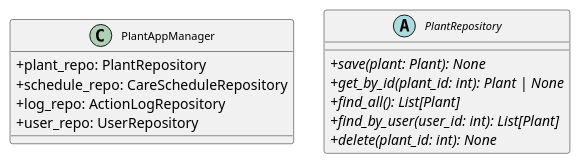
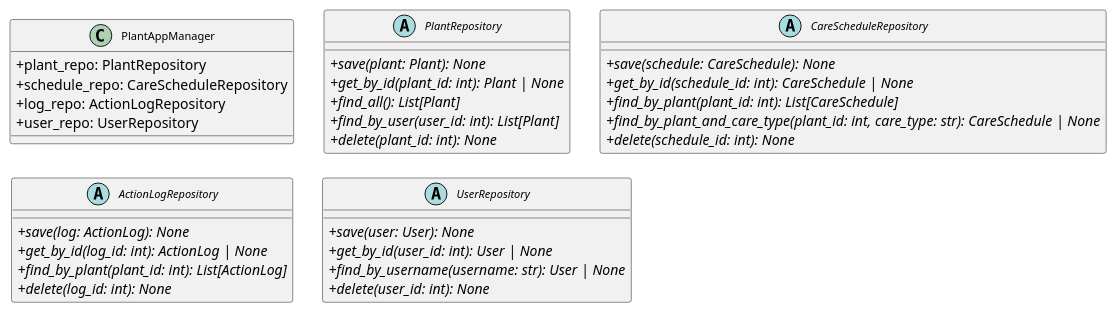
The diagram in diagrams/us4_repository_pattern.puml (Annika-Ostendorp/pflanzenkalender-teil-2), drawn with PlantUML before and after one commit.

Commit message:
Add abstract repository interfaces for all entities

```diff
--- a/diagrams/us4_repository_pattern.puml
+++ b/diagrams/us4_repository_pattern.puml
@@ -1,23 +1,48 @@
 @startuml repository-pattern
 skinparam classAttributeIconSize 0
 skinparam classFontSize 11
 skinparam nodesep 30
 skinparam ranksep 25
 top to bottom direction
 
 
 class PlantAppManager {
   +plant_repo: PlantRepository
   +schedule_repo: CareScheduleRepository
   +log_repo: ActionLogRepository
   +user_repo: UserRepository
 }
 
+
 abstract class PlantRepository {
   {abstract} +save(plant: Plant): None
   {abstract} +get_by_id(plant_id: int): Plant | None
   {abstract} +find_all(): List[Plant]
   {abstract} +find_by_user(user_id: int): List[Plant]
   {abstract} +delete(plant_id: int): None
 }
+
+
+abstract class CareScheduleRepository {
+  {abstract} +save(schedule: CareSchedule): None
+  {abstract} +get_by_id(schedule_id: int): CareSchedule | None
+  {abstract} +find_by_plant(plant_id: int): List[CareSchedule]
+  {abstract} +find_by_plant_and_care_type(plant_id: int, care_type: str): CareSchedule | None
+  {abstract} +delete(schedule_id: int): None
+}
+
+
+abstract class ActionLogRepository {
+  {abstract} +save(log: ActionLog): None
+  {abstract} +get_by_id(log_id: int): ActionLog | None
+  {abstract} +find_by_plant(plant_id: int): List[ActionLog]
+  {abstract} +delete(log_id: int): None
+}
+
+abstract class UserRepository {
+  {abstract} +save(user: User): None
+  {abstract} +get_by_id(user_id: int): User | None
+  {abstract} +find_by_username(username: str): User | None
+  {abstract} +delete(user_id: int): None
+}
 @enduml
```
